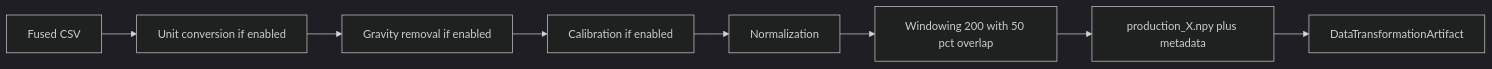
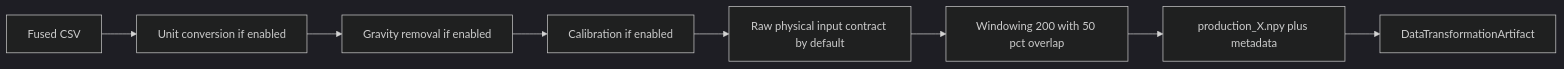
The seventh of 20 diagrams in docs/PIPELINE_DATA_FLOW_MAP.md (ShalinVachheta017/wearable-har-mlops-pipeline), drawn with Mermaid (dark theme) before and after one commit. The commit also changed other lines of this file and 450 other files, not shown here.

````diff
--- a/docs/PIPELINE_DATA_FLOW_MAP.md
+++ b/docs/PIPELINE_DATA_FLOW_MAP.md
@@ -186,10 +180,10 @@
 ```mermaid
 flowchart LR
     S3A[Fused CSV] --> S3B[Unit conversion if enabled]
     S3B --> S3C[Gravity removal if enabled]
     S3C --> S3D[Calibration if enabled]
-    S3D --> S3E[Normalization]
+    S3D --> S3E[Raw physical input contract by default]
     S3E --> S3F[Windowing 200 with 50 pct overlap]
     S3F --> S3G[production_X.npy plus metadata]
     S3G --> S3H[DataTransformationArtifact]
 ```
````
